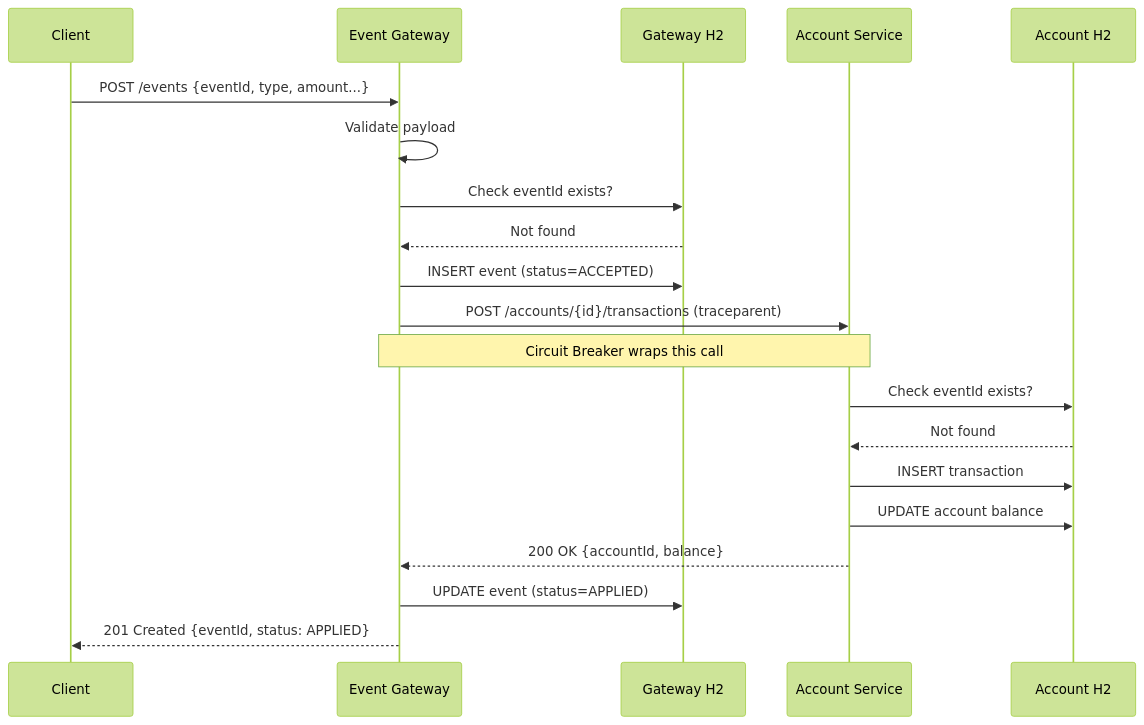
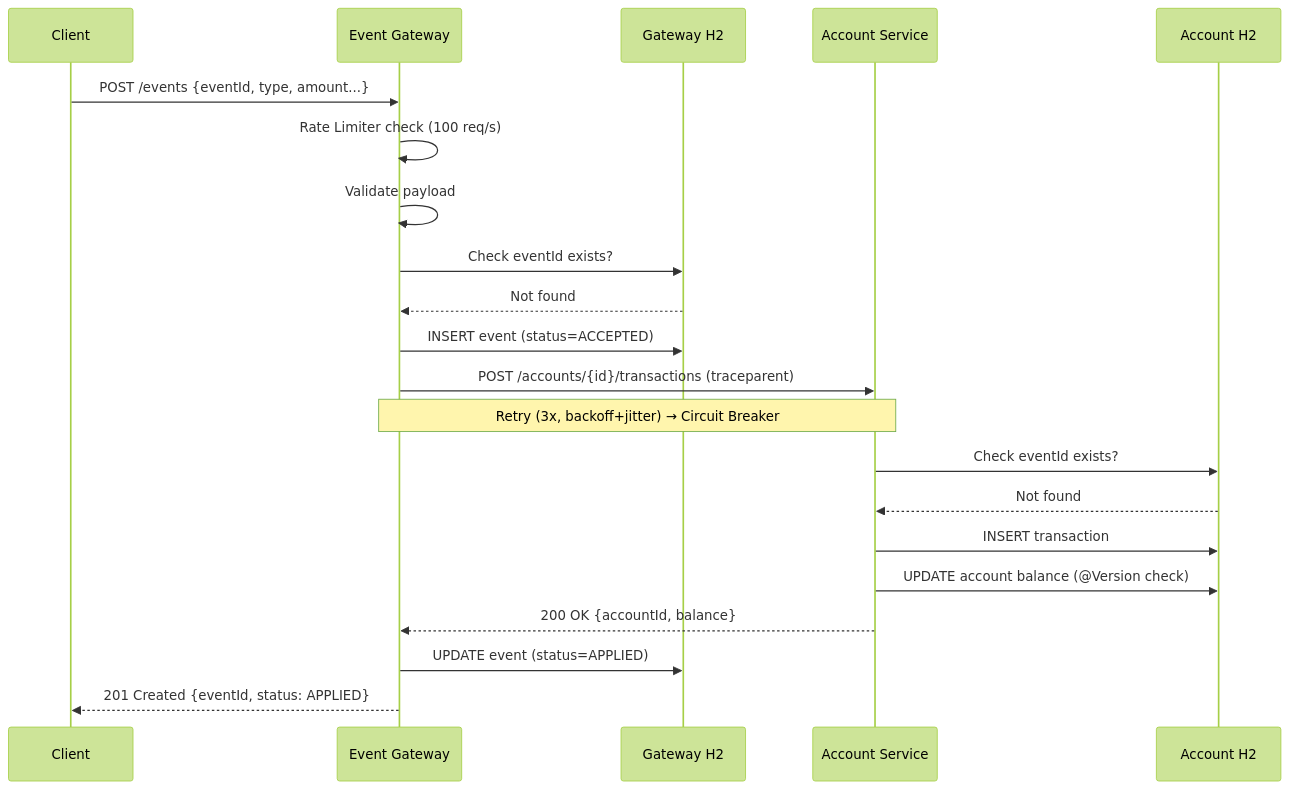
One commit to saikrishnajava/event-ledger changed the second of 5 diagrams in docs/architecture-diagram.md. Above: the diagram before and after it, drawn with Mermaid (forest theme). The commit also changed other lines of this file and 2 other files, not shown here.

First line of the commit message:
docs: update README and architecture diagram for all features

````diff
--- a/docs/architecture-diagram.md
+++ b/docs/architecture-diagram.md
@@ -43,23 +59,24 @@
 ```mermaid
 sequenceDiagram
     participant C as Client
     participant GW as Event Gateway
     participant GWDB as Gateway H2
     participant AS as Account Service
     participant ASDB as Account H2
 
     C->>GW: POST /events {eventId, type, amount...}
+    GW->>GW: Rate Limiter check (100 req/s)
     GW->>GW: Validate payload
     GW->>GWDB: Check eventId exists?
     GWDB-->>GW: Not found
     GW->>GWDB: INSERT event (status=ACCEPTED)
     GW->>AS: POST /accounts/{id}/transactions (traceparent)
-    Note over GW,AS: Circuit Breaker wraps this call
+    Note over GW,AS: Retry (3x, backoff+jitter) → Circuit Breaker
     AS->>ASDB: Check eventId exists?
     ASDB-->>AS: Not found
     AS->>ASDB: INSERT transaction
-    AS->>ASDB: UPDATE account balance
+    AS->>ASDB: UPDATE account balance (@Version check)
     AS-->>GW: 200 OK {accountId, balance}
     GW->>GWDB: UPDATE event (status=APPLIED)
     GW-->>C: 201 Created {eventId, status: APPLIED}
 ```
````
